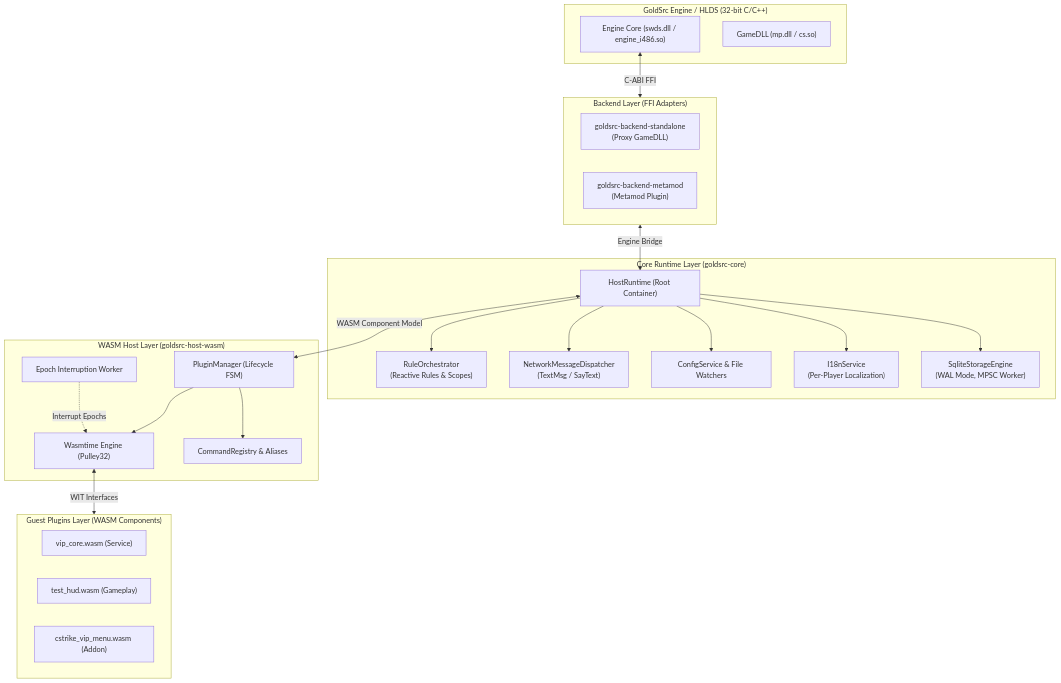
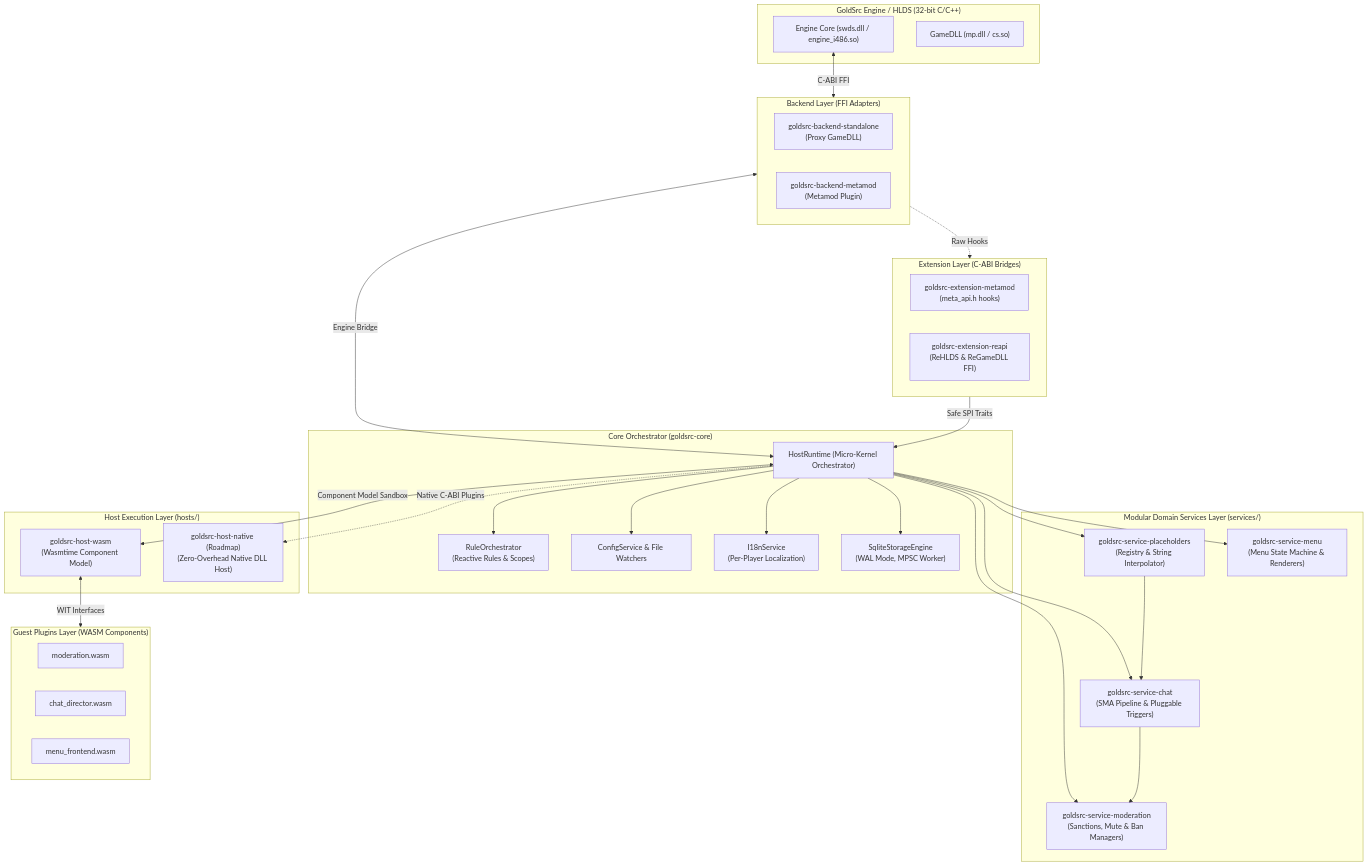
The first of 5 diagrams in ARCHITECTURE.md (goldsrc-rs/goldsrc-rs), drawn with Mermaid before and after one commit. The commit also changed other lines of this file and 18 other files, not shown here.

First line of the commit message:
feat(core): decouple core domain services into modular crates (#77)

````diff
--- a/ARCHITECTURE.md
+++ b/ARCHITECTURE.md
@@ -11,47 +11,65 @@
 ```mermaid
 flowchart TB
     subgraph GoldSrcEngine ["GoldSrc Engine / HLDS (32-bit C/C++)"]
         EngineCore["Engine Core (swds.dll / engine_i486.so)"]
         GameDLL["GameDLL (mp.dll / cs.so)"]
     end
 
     subgraph Backends ["Backend Layer (FFI Adapters)"]
         Standalone["goldsrc-backend-standalone\n(Proxy GameDLL)"]
         Metamod["goldsrc-backend-metamod\n(Metamod Plugin)"]
     end
 
-    subgraph Core ["Core Runtime Layer (goldsrc-core)"]
-        HostRuntime["HostRuntime (Root Container)"]
+    subgraph Extensions ["Extension Layer (C-ABI Bridges)"]
+        ExtMetamod["goldsrc-extension-metamod\n(meta_api.h hooks)"]
+        ExtReApi["goldsrc-extension-reapi\n(ReHLDS & ReGameDLL FFI)"]
+    end
+
+    subgraph Core ["Core Orchestrator (goldsrc-core)"]
+        HostRuntime["HostRuntime (Micro-Kernel Orchestrator)"]
         RuleOrch["RuleOrchestrator\n(Reactive Rules & Scopes)"]
-        NetDispatcher["NetworkMessageDispatcher\n(TextMsg / SayText)"]
         ConfigSvc["ConfigService & File Watchers"]
         I18nSvc["I18nService\n(Per-Player Localization)"]
         StorageEngine["SqliteStorageEngine\n(WAL Mode, MPSC Worker)"]
     end
 
-    subgraph HostWasm ["WASM Host Layer (goldsrc-host-wasm)"]
-        WasmEngine["Wasmtime Engine (Pulley32)"]
-        PluginMgr["PluginManager (Lifecycle FSM)"]
-        CmdRegistry["CommandRegistry & Aliases"]
-        EpochTimer["Epoch Interruption Worker"]
+    subgraph Services ["Modular Domain Services Layer (services/)"]
+        SvcPlaceholders["goldsrc-service-placeholders\n(Registry & String Interpolator)"]
+        SvcMenu["goldsrc-service-menu\n(Menu State Machine & Renderers)"]
+        SvcChat["goldsrc-service-chat\n(SMA Pipeline & Pluggable Triggers)"]
+        SvcModeration["goldsrc-service-moderation\n(Sanctions, Mute & Ban Managers)"]
+    end
+
+    subgraph Hosts ["Host Execution Layer (hosts/)"]
+        HostWasm["goldsrc-host-wasm\n(Wasmtime Component Model)"]
+        HostNative["goldsrc-host-native (Roadmap)\n(Zero-Overhead Native DLL Host)"]
     end
 
     subgraph GuestPlugins ["Guest Plugins Layer (WASM Components)"]
-        PluginA["vip_core.wasm (Service)"]
-        PluginB["test_hud.wasm (Gameplay)"]
-        PluginC["cstrike_vip_menu.wasm (Addon)"]
+        PluginA["moderation.wasm"]
+        PluginB["chat_director.wasm"]
+        PluginC["menu_frontend.wasm"]
     end
 
     EngineCore <-->|C-ABI FFI| Backends
     Backends <-->|Engine Bridge| HostRuntime
+    Backends -.->|Raw Hooks| Extensions
+    Extensions -->|Safe SPI Traits| HostRuntime
+
     HostRuntime --> RuleOrch
-    HostRuntime --> NetDispatcher
     HostRuntime --> ConfigSvc
     HostRuntime --> I18nSvc
     HostRuntime --> StorageEngine
-    HostRuntime <-->|WASM Component Model| PluginMgr
-    PluginMgr --> WasmEngine
-    PluginMgr --> CmdRegistry
-    EpochTimer -.->|Interrupt Epochs| WasmEngine
-    WasmEngine <-->|WIT Interfaces| GuestPlugins
+
+    HostRuntime --> SvcPlaceholders
+    HostRuntime --> SvcMenu
+    HostRuntime --> SvcChat
+    HostRuntime --> SvcModeration
+
+    SvcPlaceholders --> SvcChat
+    SvcChat --> SvcModeration
+
+    HostRuntime <-->|Component Model Sandbox| HostWasm
+    HostRuntime -.->|Native C-ABI Plugins| HostNative
+    HostWasm <-->|WIT Interfaces| GuestPlugins
 ```
````
